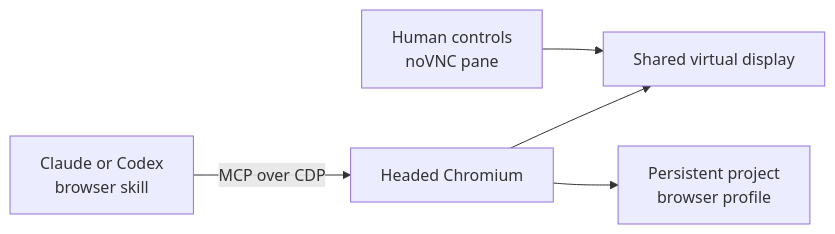
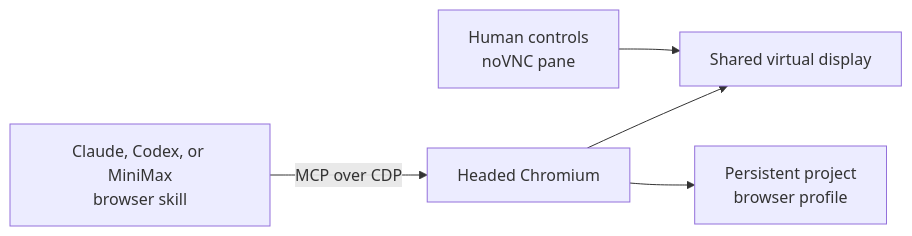
The first of 2 diagrams in docs/02-user-guide/07-agent-browser.md (AbdallahMohamedDotnet/remote.futrx), drawn with Mermaid before and after one commit. The commit also changed other lines of this file and 45 other files, not shown here.

````diff
--- a/docs/02-user-guide/07-agent-browser.md
+++ b/docs/02-user-guide/07-agent-browser.md
@@ -46,7 +46,7 @@
 ```mermaid
 flowchart LR
     Human["Human controls<br/>noVNC pane"] --> Display["Shared virtual display"]
-    Agent["Claude or Codex<br/>browser skill"] -->|"MCP over CDP"| Chromium["Headed Chromium"]
+    Agent["Claude, Codex, or MiniMax<br/>browser skill"] -->|"MCP over CDP"| Chromium["Headed Chromium"]
     Chromium --> Display
     Chromium --> Profile["Persistent project<br/>browser profile"]
 ```
````
